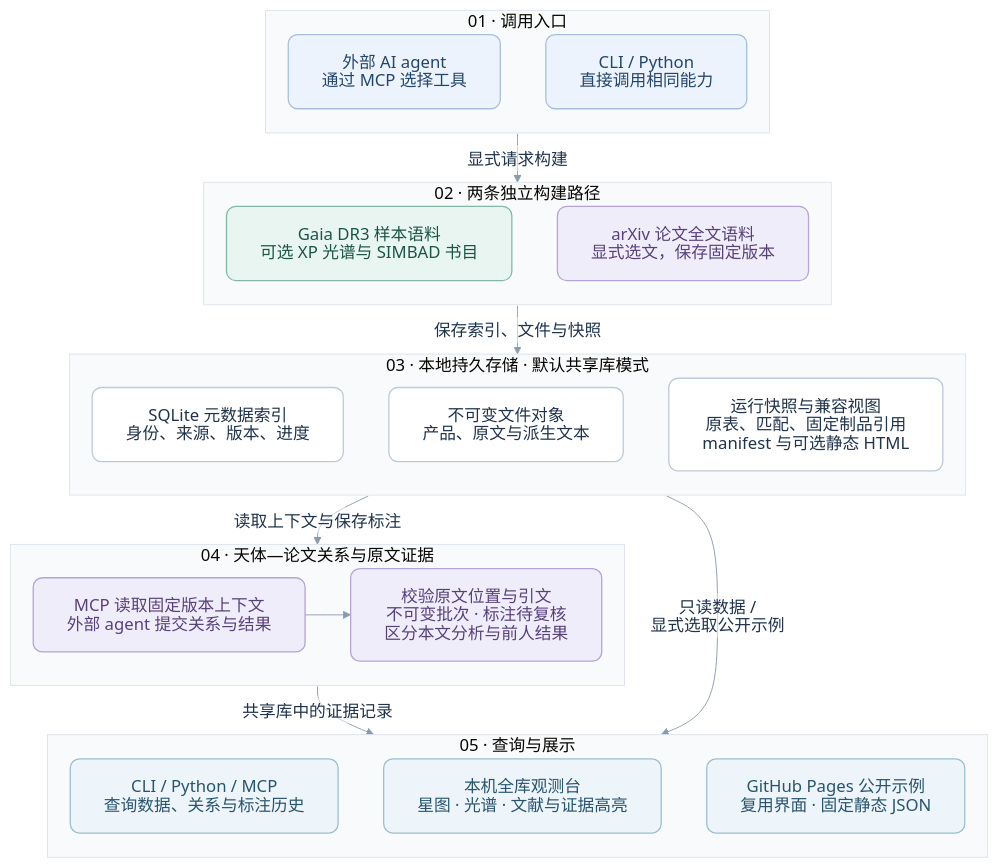
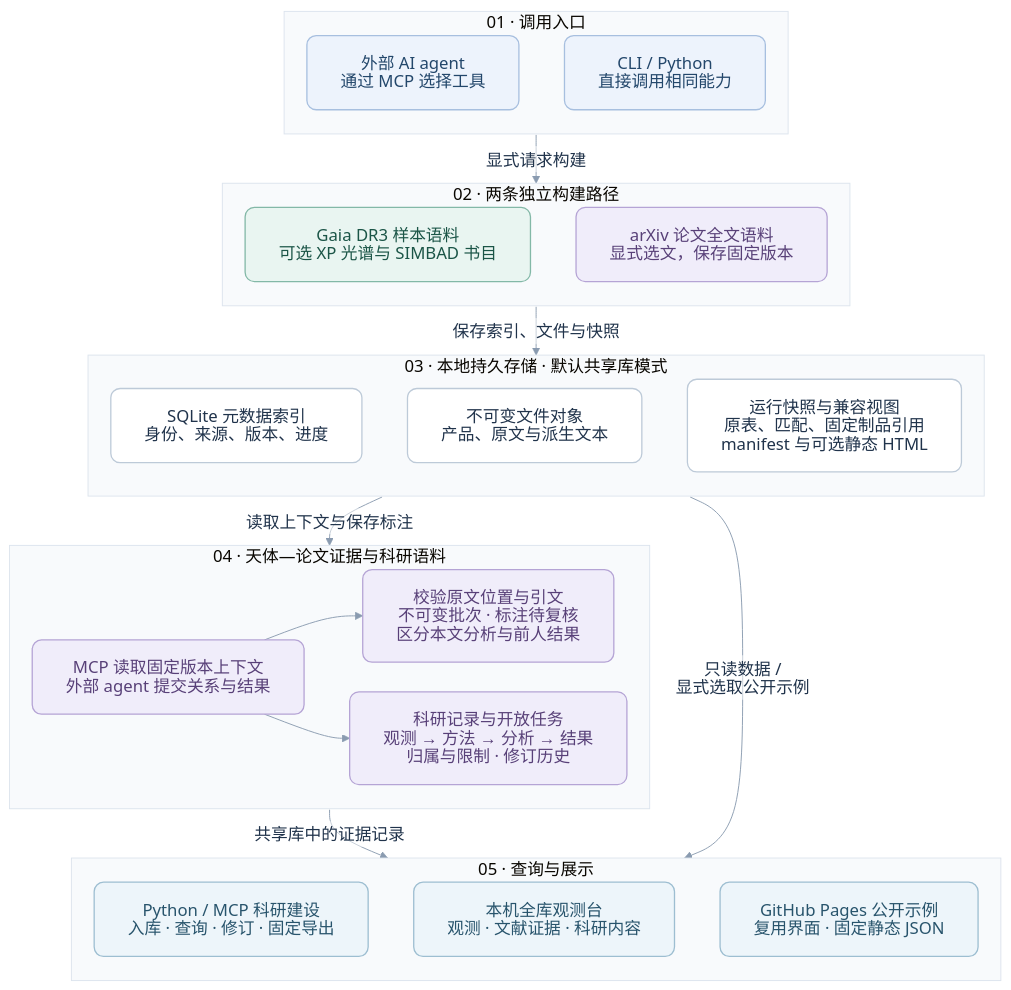
The diagram in docs/diagrams/system-overview.mmd (cetizhao/Astro-Corpus), drawn with Mermaid before and after one commit. The commit also changed 28 other files, not shown here.

Commit message:
feat: build versioned scientific corpus and open tasks through MCP

```diff
--- a/docs/diagrams/system-overview.mmd
+++ b/docs/diagrams/system-overview.mmd
@@ -1,68 +1,70 @@
 ---
 config:
   look: classic
   theme: base
   htmlLabels: false
   fontFamily: 'Noto Sans CJK SC, PingFang SC, Microsoft YaHei, sans-serif'
   themeVariables:
     fontSize: 18px
     primaryTextColor: '#20334b'
     lineColor: '#8a9bb0'
     clusterBkg: '#f8fafc'
     clusterBorder: '#dce4ed'
     edgeLabelBackground: '#ffffff'
   flowchart:
     htmlLabels: false
     curve: basis
     wrappingWidth: 320
     nodeSpacing: 32
     rankSpacing: 24
     padding: 18
 ---
 flowchart TB
-    accTitle: Astro-Corpus 观测、论文、证据与展示
-    accDescr: 两条构建路径将观测和论文写入共享库。外部 agent 通过三个 MCP 接口读取固定版本上下文、保存带原文位置的关系与结果并查询标注。只读观测台连接星图、光谱和文献证据，GitHub Pages 展示显式选取的静态示例。
+    accTitle: Astro-Corpus 观测、论文、科研语料与展示
+    accDescr: 两条构建路径将观测和论文写入共享库。外部 agent 通过 MCP 读取证据、保存关系、建设科研记录与开放任务。版本化入库支持查询、修订和导出；本机观测台读取共享库，GitHub Pages 展示选定静态示例。
     subgraph entry["01 · 调用入口"]
         direction LR
         agent["外部 AI agent<br/>通过 MCP 选择工具"]:::entry
         direct["CLI / Python<br/>直接调用相同能力"]:::entry
         agent ~~~ direct
     end
     subgraph builders["02 · 两条独立构建路径"]
         direction LR
         corpus["Gaia DR3 样本语料<br/>可选 XP 光谱与 SIMBAD 书目"]:::sample
         paper["arXiv 论文全文语料<br/>显式选文，保存固定版本"]:::paper
         corpus ~~~ paper
     end
     subgraph local["03 · 本地持久存储 · 默认共享库模式"]
         direction LR
         db["SQLite 元数据索引<br/>身份、来源、版本、进度"]:::storage
         objects["不可变文件对象<br/>产品、原文与派生文本"]:::storage
         runs["运行快照与兼容视图<br/>原表、匹配、固定制品引用<br/>manifest 与可选静态 HTML"]:::storage
         db ~~~ objects ~~~ runs
     end
-    subgraph evidence["04 · 天体—论文关系与原文证据"]
+    subgraph evidence["04 · 天体—论文证据与科研语料"]
         direction LR
         context["MCP 读取固定版本上下文<br/>外部 agent 提交关系与结果"]:::paper
         annotations["校验原文位置与引文<br/>不可变批次 · 标注待复核<br/>区分本文分析与前人结果"]:::paper
+        research["科研记录与开放任务<br/>观测 → 方法 → 分析 → 结果<br/>归属与限制 · 修订历史"]:::paper
         context --> annotations
+        context --> research
     end
     subgraph access["05 · 查询与展示"]
         direction LR
-        query["CLI / Python / MCP<br/>查询数据、关系与标注历史"]:::reader
-        viewer["本机全库观测台<br/>星图 · 光谱 · 文献与证据高亮"]:::reader
+        query["Python / MCP 科研建设<br/>入库 · 查询 · 修订 · 固定导出"]:::reader
+        viewer["本机全库观测台<br/>观测 · 文献证据 · 科研内容"]:::reader
         demo["GitHub Pages 公开示例<br/>复用界面 · 固定静态 JSON"]:::reader
         query ~~~ viewer ~~~ demo
     end
 
     entry -->|显式请求构建| builders
     builders -->|保存索引、文件与快照| local
     local -->|读取上下文与保存标注| evidence
     evidence -->|共享库中的证据记录| access
     local -->|只读数据 / 显式选取公开示例| access
 
     classDef entry fill:#edf3fc,stroke:#a7bfdf,color:#23476b,stroke-width:1.4px,rx:10,ry:10
     classDef sample fill:#e9f5f1,stroke:#83b8a7,color:#1b5547,stroke-width:1.4px,rx:10,ry:10
     classDef paper fill:#f0edfa,stroke:#b5a4d5,color:#584078,stroke-width:1.4px,rx:10,ry:10
     classDef storage fill:#ffffff,stroke:#bdcad8,color:#20334b,stroke-width:1.4px,rx:10,ry:10
     classDef reader fill:#edf5fa,stroke:#9dbed1,color:#28546c,stroke-width:1.4px,rx:10,ry:10
```
